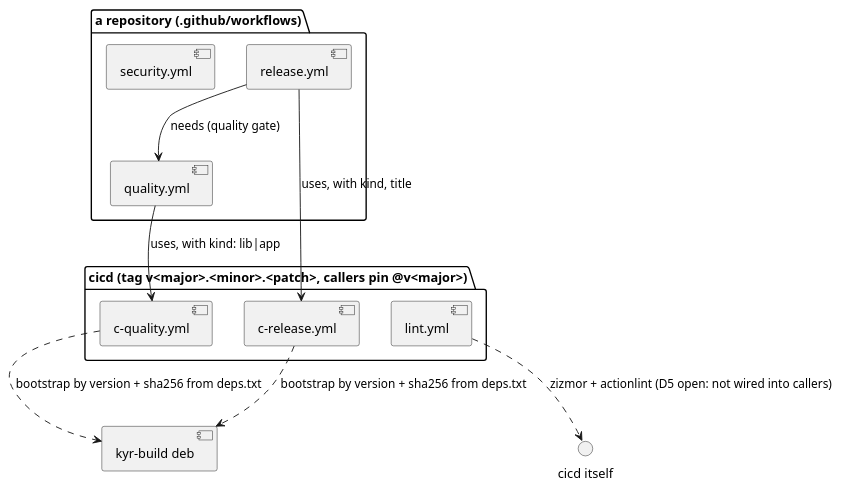
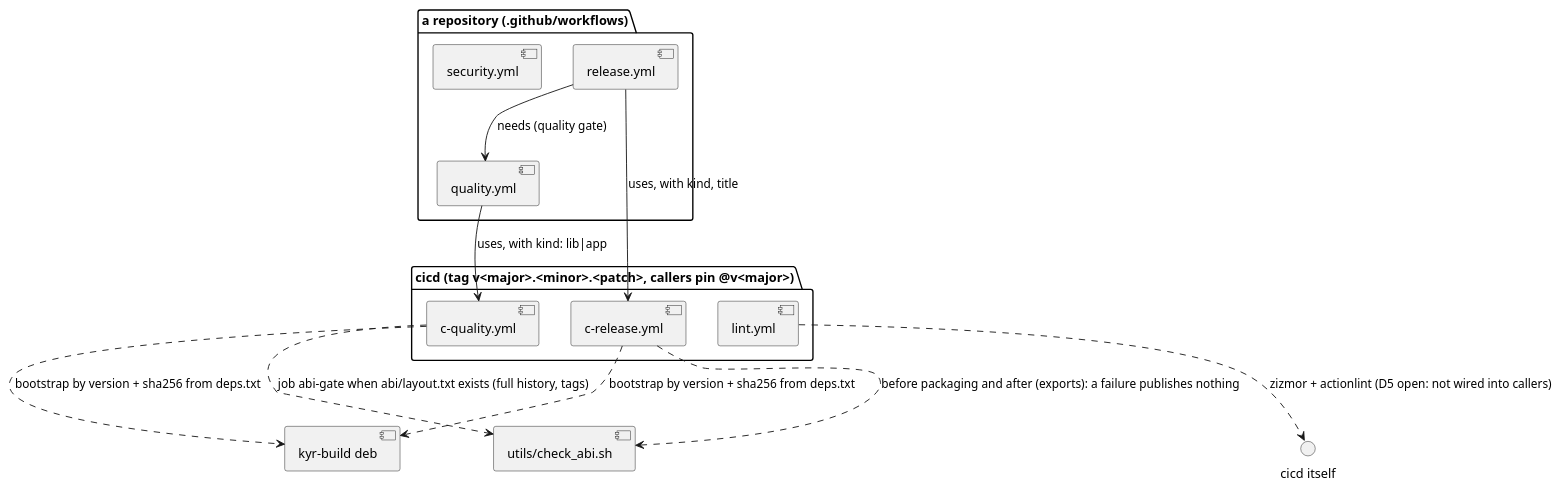
One commit to RomanHorshkov/cicd changed the diagram in docs/diagrams/workflow_family_components.puml. Above: the diagram before and after it, drawn with PlantUML. The commit also changed 2 other files, not shown here.

Commit message:
README and diagrams: the ABI gate in both workflows; Versions: v2.1.0

```diff
--- a/docs/diagrams/workflow_family_components.puml
+++ b/docs/diagrams/workflow_family_components.puml
@@ -1,19 +1,21 @@
 @startuml
 ' claim: one CI family; every repository is a ten-line caller parameterised by kind
 package "cicd (tag v<major>.<minor>.<patch>, callers pin @v<major>)" {
   [c-quality.yml] as Q
   [c-release.yml] as R
   [lint.yml] as L
 }
 package "a repository (.github/workflows)" {
   [quality.yml] as q
   [release.yml] as r
   [security.yml] as s
 }
 q --> Q : uses, with kind: lib|app
 r --> q : needs (quality gate)
 r --> R : uses, with kind, title
 Q ..> [kyr-build deb] : bootstrap by version + sha256 from deps.txt
+Q ..> [utils/check_abi.sh] : job abi-gate when abi/layout.txt exists (full history, tags)
+R ..> [utils/check_abi.sh] : before packaging and after (exports): a failure publishes nothing
 R ..> [kyr-build deb] : bootstrap by version + sha256 from deps.txt
 L ..> "cicd itself" : zizmor + actionlint (D5 open: not wired into callers)
 @enduml
```
